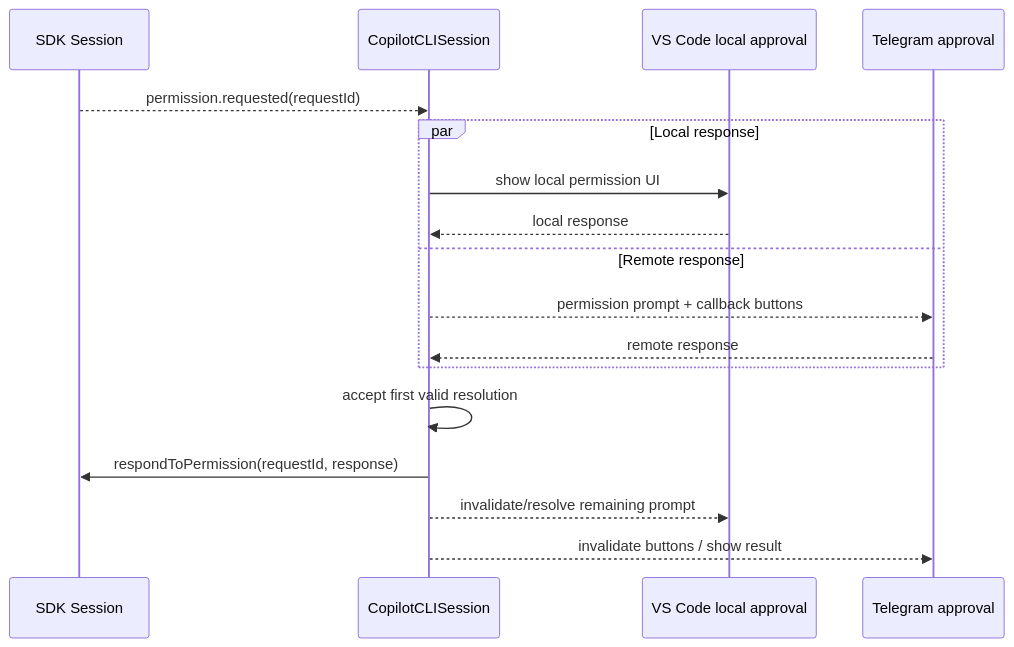
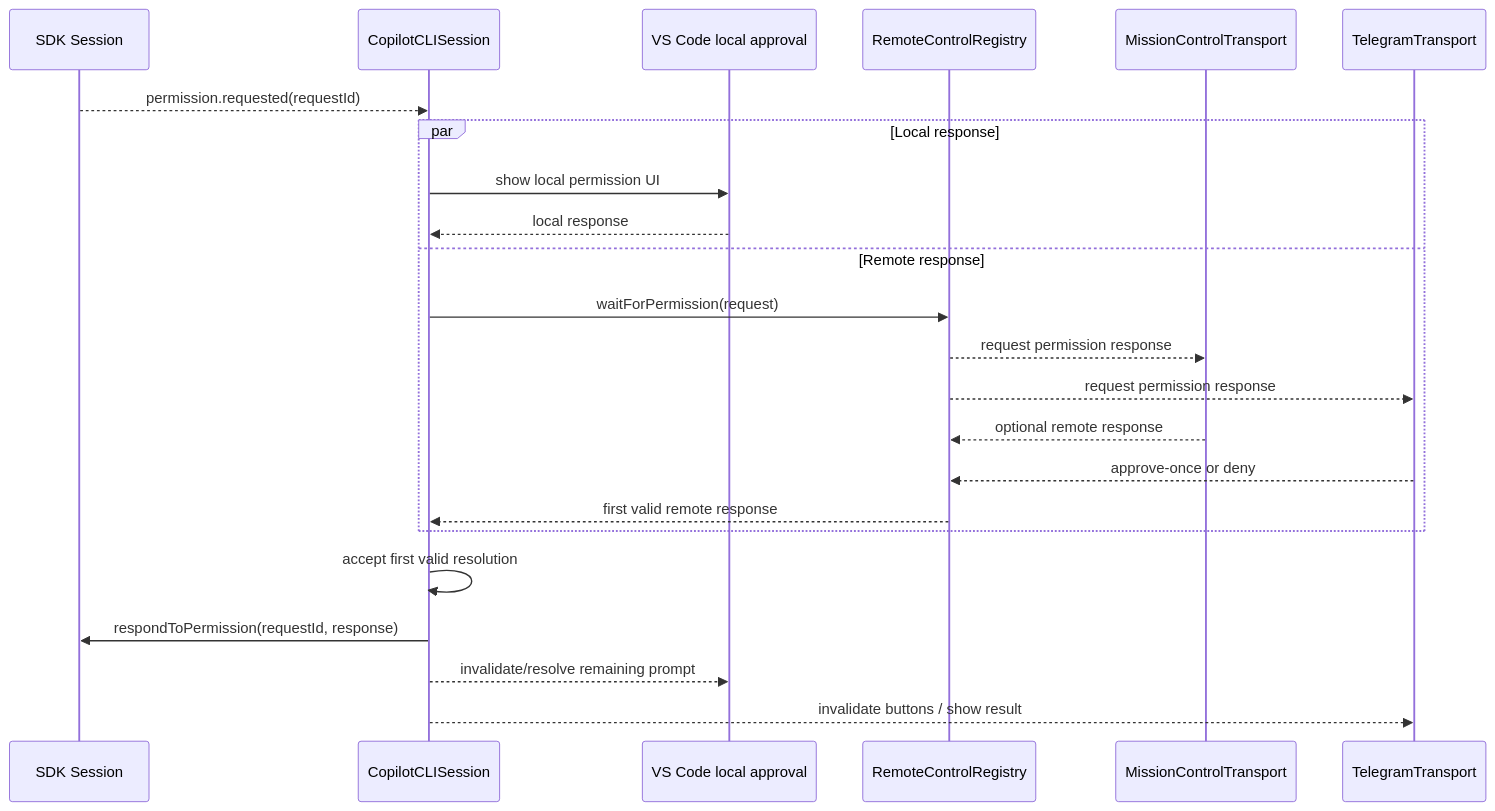
The eighth of 14 diagrams in extensions/copilot/docs/telegram-remote/CALL_FLOWS.md (SachiHarshitha/vscode-telegram), drawn with Mermaid before and after one commit. The commit also changed other lines of this file and 11 other files, not shown here.

````diff
--- a/extensions/copilot/docs/telegram-remote/CALL_FLOWS.md
+++ b/extensions/copilot/docs/telegram-remote/CALL_FLOWS.md
@@ -168,20 +194,26 @@
 ```mermaid
 sequenceDiagram
     participant SDK as SDK Session
     participant S as CopilotCLISession
     participant VS as VS Code local approval
-    participant TG as Telegram approval
+    participant REG as RemoteControlRegistry
+    participant MC as MissionControlTransport
+    participant TG as TelegramTransport
 
     SDK-->>S: permission.requested(requestId)
     par Local response
         S->>VS: show local permission UI
         VS-->>S: local response
     and Remote response
-        S-->>TG: permission prompt + callback buttons
-        TG-->>S: remote response
+        S->>REG: waitForPermission(request)
+        REG-->>MC: request permission response
+        REG-->>TG: request permission response
+        MC-->>REG: optional remote response
+        TG-->>REG: approve-once or deny
+        REG-->>S: first valid remote response
     end
     S->>S: accept first valid resolution
     S->>SDK: respondToPermission(requestId, response)
     S-->>VS: invalidate/resolve remaining prompt
     S-->>TG: invalidate buttons / show result
 ```
````
